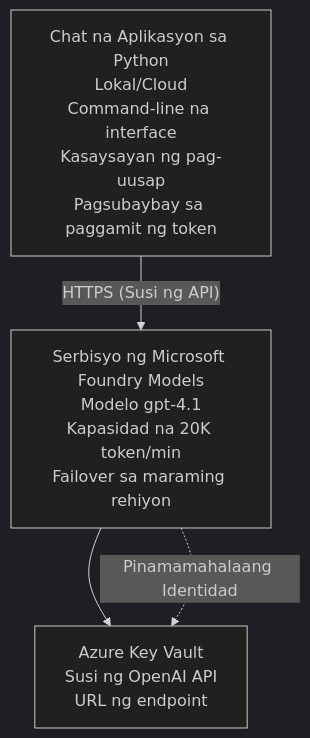
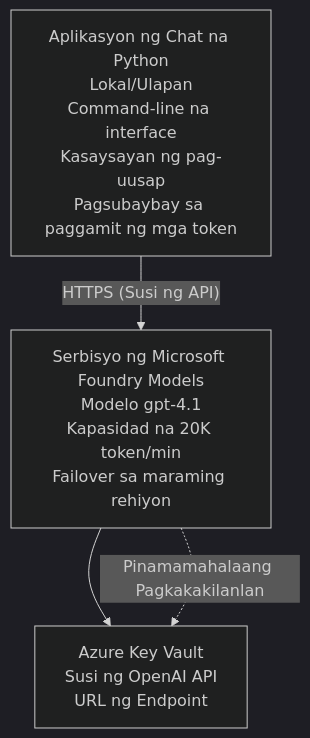
The diagram in translations/tl/examples/azure-openai-chat/README.md (microsoft/AZD-for-beginners), drawn with Mermaid (dark theme) before and after one commit. The commit also changed other lines of this file and 104 other files, not shown here.

````diff
--- a/translations/tl/examples/azure-openai-chat/README.md
+++ b/translations/tl/examples/azure-openai-chat/README.md
@@ -26,6 +26,6 @@
 ```mermaid
 graph TD
-    App[Chat na Aplikasyon sa Python<br/>Lokal/Cloud<br/>Command-line na interface<br/>Kasaysayan ng pag-uusap<br/>Pagsubaybay sa paggamit ng token] -- "HTTPS (Susi ng API)" --> Foundry[Serbisyo ng Microsoft Foundry Models<br/>Modelo gpt-4.1<br/>Kapasidad na 20K token/min<br/>Failover sa maraming rehiyon]
-    Foundry --> KV[Azure Key Vault<br/>Susi ng OpenAI API<br/>URL ng endpoint]
-    Foundry -. Pinamamahalaang Identidad .-> KV
+    App[Aplikasyon ng Chat na Python<br/>Lokal/Ulapan<br/>Command-line na interface<br/>Kasaysayan ng pag-uusap<br/>Pagsubaybay sa paggamit ng mga token] -- "HTTPS (Susi ng API)" --> Foundry[Serbisyo ng Microsoft Foundry Models<br/>Modelo gpt-4.1<br/>Kapasidad na 20K token/min<br/>Failover sa maraming rehiyon]
+    Foundry --> KV[Azure Key Vault<br/>Susi ng OpenAI API<br/>URL ng Endpoint]
+    Foundry -. Pinamamahalaang Pagkakakilanlan .-> KV
 ```
````
